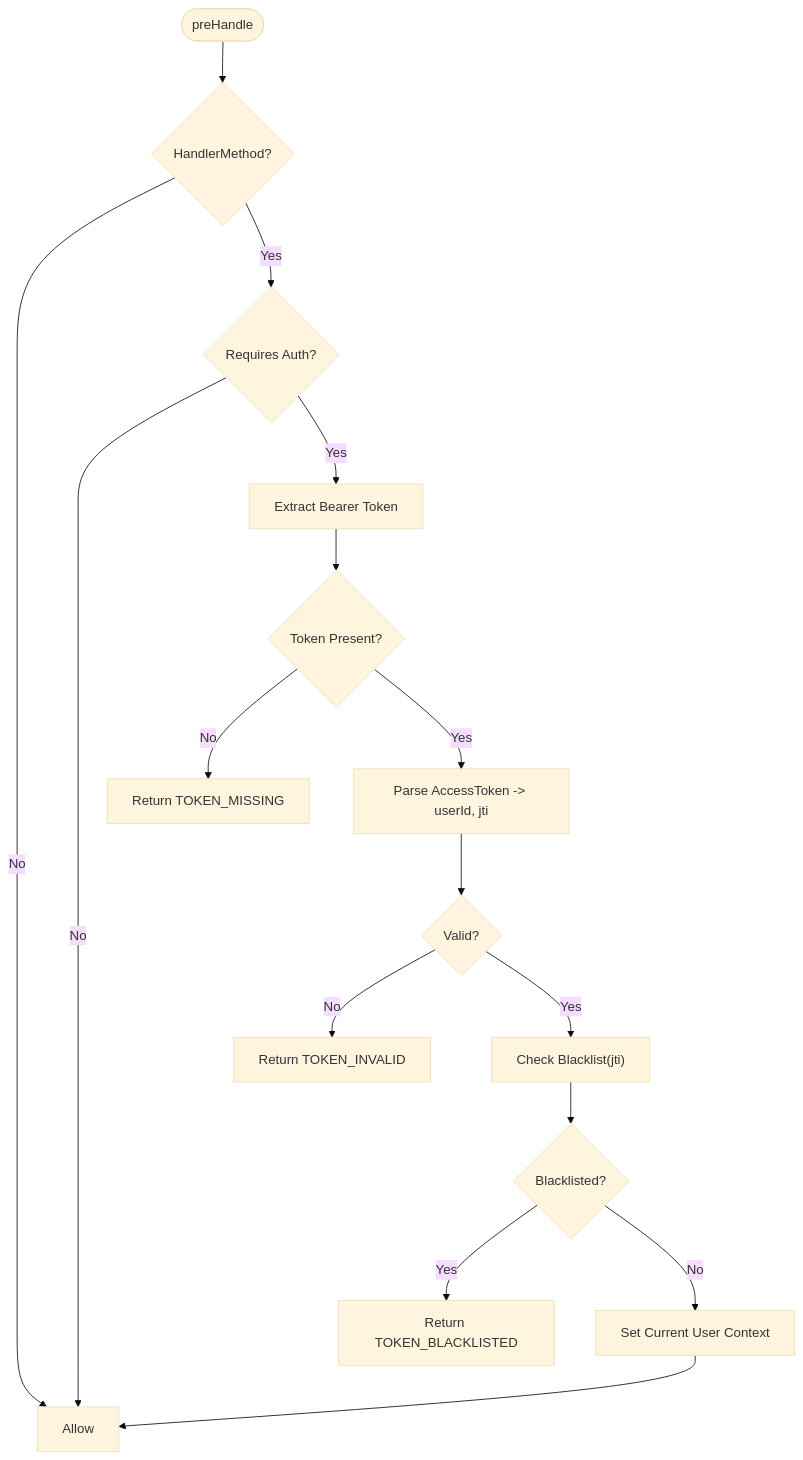
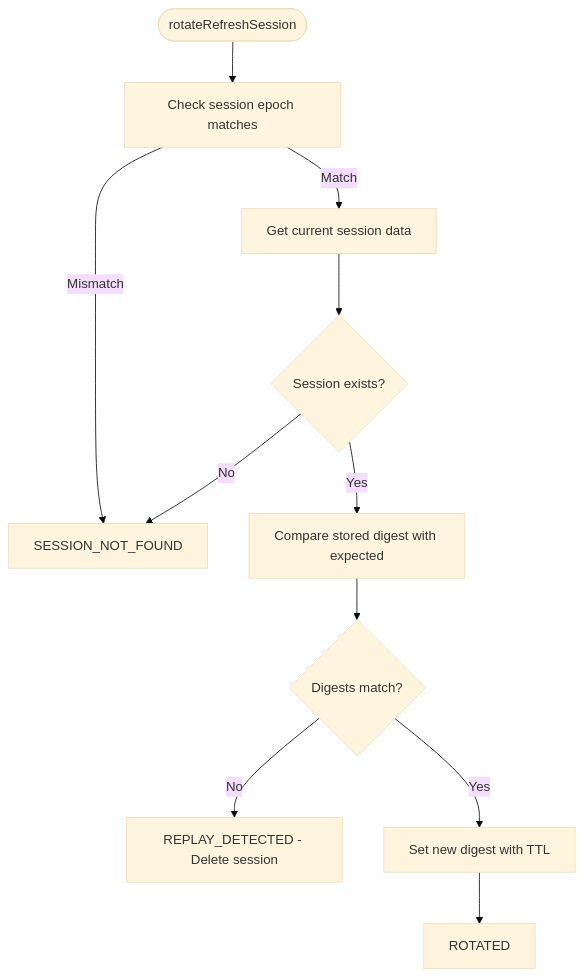
The third of 9 diagrams in .qoder/repowiki/en/content/User Authentication Module/User Authentication Module.md (ddd-mall/j-store), drawn with Mermaid (base theme) before and after one commit. The commit also changed other lines of this file and 334 other files, not shown here.

````diff
--- a/.qoder/repowiki/en/content/User Authentication Module/User Authentication Module.md
+++ b/.qoder/repowiki/en/content/User Authentication Module/User Authentication Module.md
@@ -162,18 +170,13 @@
 ```mermaid
 flowchart TD
-Start(["preHandle"]) --> CheckHandler{"HandlerMethod?"}
-CheckHandler --> |No| Allow["Allow"]
-CheckHandler --> |Yes| RequiresAuth{"Requires Auth?"}
-RequiresAuth --> |No| Allow
-RequiresAuth --> |Yes| ExtractToken["Extract Bearer Token"]
-ExtractToken --> TokenPresent{"Token Present?"}
-TokenPresent --> |No| ErrMissing["Return TOKEN_MISSING"]
-TokenPresent --> |Yes| Parse["Parse AccessToken -> userId, jti"]
-Parse --> Valid{"Valid?"}
-Valid --> |No| ErrInvalid["Return TOKEN_INVALID"]
-Valid --> |Yes| BlacklistCheck["Check Blacklist(jti)"]
-BlacklistCheck --> IsBlacklisted{"Blacklisted?"}
-IsBlacklisted --> |Yes| ErrBlacklisted["Return TOKEN_BLACKLISTED"]
-IsBlacklisted --> |No| SetContext["Set Current User Context"]
-SetContext --> Allow
+Start(["rotateRefreshSession"]) --> CheckEpoch["Check session epoch matches"]
+CheckEpoch --> |Mismatch| NotFound["SESSION_NOT_FOUND"]
+CheckEpoch --> |Match| GetSession["Get current session data"]
+GetSession --> Exists{"Session exists?"}
+Exists --> |No| NotFound
+Exists --> |Yes| CompareDigest["Compare stored digest with expected"]
+CompareDigest --> Match{"Digests match?"}
+Match --> |No| Replay["REPLAY_DETECTED - Delete session"]
+Match --> |Yes| Rotate["Set new digest with TTL"]
+Rotate --> Success["ROTATED"]
 ```
````
